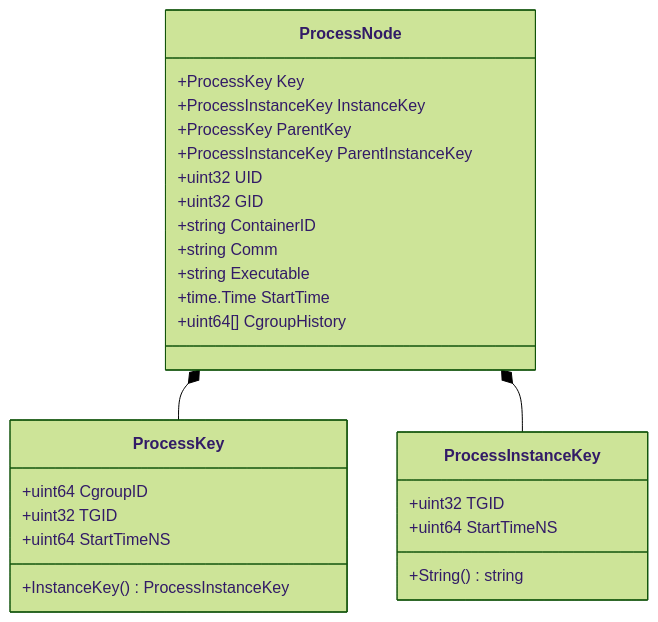
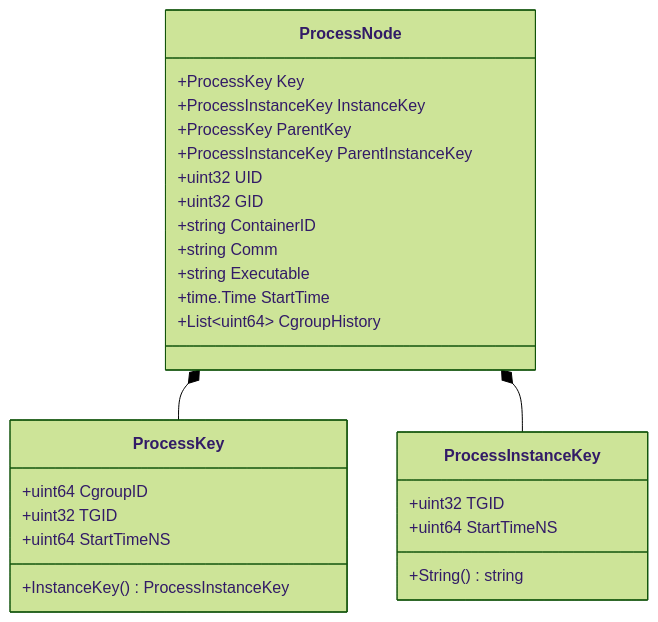
One commit to ramKarthik57/containerguard changed the fourth of 7 diagrams in README.md. Above: the diagram before and after it, drawn with Mermaid (forest theme). The commit also changed other lines of this file and 2 other files, not shown here.

Commit message:
docs(audit): fix README mermaid diagrams, fail-closed cgroup creation, and lifecycle cleanup tracking

````diff
--- a/README.md
+++ b/README.md
@@ -296,32 +296,32 @@
 ```mermaid
 classDiagram
     class ProcessInstanceKey {
         +uint32 TGID
         +uint64 StartTimeNS
         +String() string
     }
 
     class ProcessKey {
         +uint64 CgroupID
         +uint32 TGID
         +uint64 StartTimeNS
         +InstanceKey() ProcessInstanceKey
     }
 
     class ProcessNode {
         +ProcessKey Key
         +ProcessInstanceKey InstanceKey
         +ProcessKey ParentKey
         +ProcessInstanceKey ParentInstanceKey
         +uint32 UID
         +uint32 GID
         +string ContainerID
         +string Comm
         +string Executable
         +time.Time StartTime
-        +uint64[] CgroupHistory
+        +List~uint64~ CgroupHistory
     }
 
     ProcessNode *-- ProcessKey
     ProcessNode *-- ProcessInstanceKey
 ```
````
